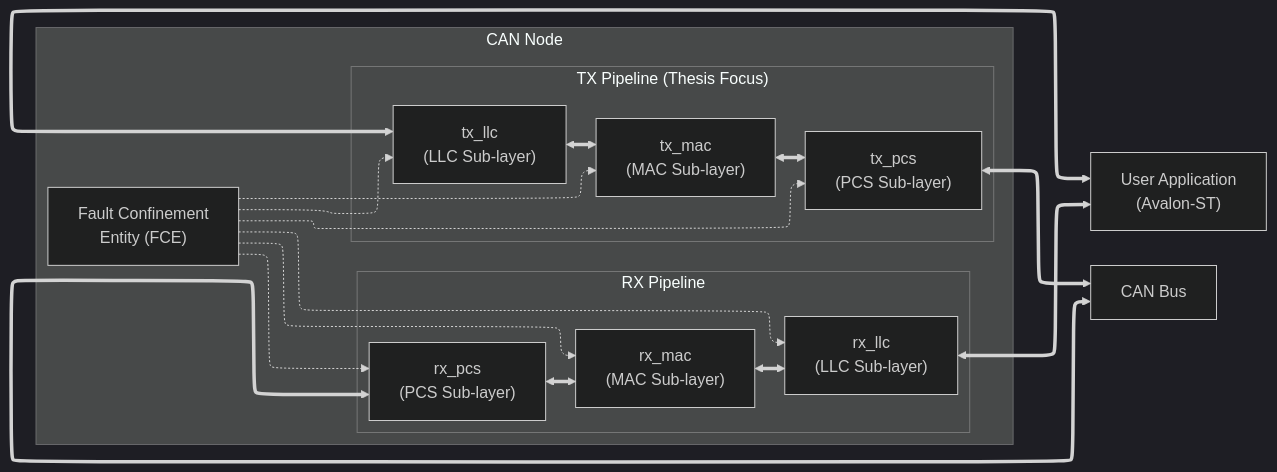
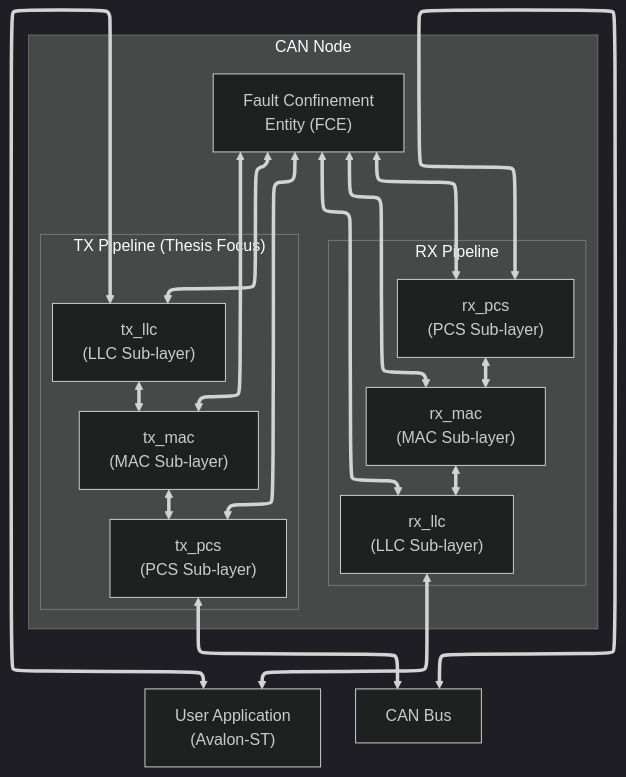
Before and after one commit to madsr2d2/beng_thesis: the diagram in docs/report.md, drawn with Mermaid.

Commit message:
nothing special

```````diff
--- a/docs/report.md
+++ b/docs/report.md
@@ -180,45 +180,45 @@
 ```mermaid
 ---
 config:
   flowchart:
     defaultRenderer: elk
   elk:
     algorithm: layered
     mergeEdges: false
     nodePlacementStrategy: SIMPLE
   look: classic
   theme: dark
   curve: linear
 ---
-flowchart LR
+flowchart TD
     User["User Application<br/>(Avalon-ST)"]
     FCE["Fault Confinement<br/>Entity (FCE)"]
 
     subgraph Node ["CAN Node"]
         subgraph TX_Pipeline ["TX Pipeline (Thesis Focus)"]
             TX_LLC["tx_llc<br/>(LLC Sub-layer)"]
             TX_MAC["tx_mac<br/>(MAC Sub-layer)"]
             TX_PCS["tx_pcs<br/>(PCS Sub-layer)"]
 
             TX_LLC <==> TX_MAC <==> TX_PCS
         end
 
         subgraph RX_Pipeline ["RX Pipeline"]
             RX_PCS["rx_pcs<br/>(PCS Sub-layer)"]
             RX_MAC["rx_mac<br/>(MAC Sub-layer)"]
             RX_LLC["rx_llc<br/>(LLC Sub-layer)"]
 
             RX_PCS <==> RX_MAC <==> RX_LLC
         end
 
         %% Control & Status paths
-        FCE -.-> TX_LLC & TX_MAC & TX_PCS
-        FCE -.-> RX_LLC & RX_MAC & RX_PCS
+        FCE <==> TX_LLC & TX_MAC & TX_PCS
+        FCE <==> RX_LLC & RX_MAC & RX_PCS
     end
 
     User <==> TX_LLC
     RX_LLC <==> User
 
     TX_PCS <==> Bus["CAN Bus"]
     Bus <==> RX_PCS
 ``````
```````
